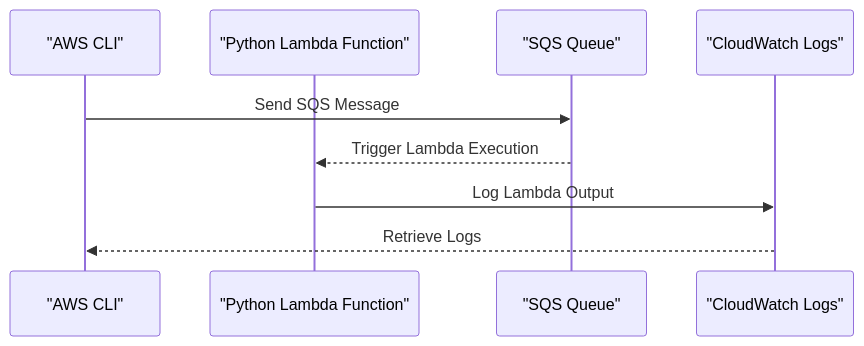
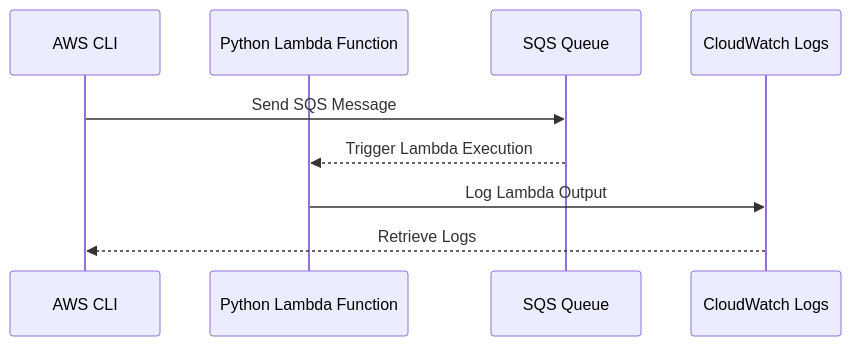
One commit to considerable/sample-terraform-aws-sqs-lambda changed the diagram in sequence_diagram.mmd. Above: the diagram before and after it, drawn with Mermaid. The commit also changed other lines of this file and 1 other file, not shown here.

Commit message:
sequence_diagram.mmd

```diff
--- a/sequence_diagram.mmd
+++ b/sequence_diagram.mmd
@@ -1,10 +1,10 @@
 sequenceDiagram
-    participant AWS_CLI as "AWS CLI"
-    participant Lambda_Function as "Python Lambda Function"
-    participant SQS as "SQS Queue"
-    participant CloudWatch_Logs as "CloudWatch Logs"
+    participant AWS_CLI as AWS CLI
+    participant Lambda_Function as Python Lambda Function
+    participant SQS as SQS Queue
+    participant CloudWatch_Logs as CloudWatch Logs
 
     AWS_CLI->>SQS: Send SQS Message
     SQS-->>Lambda_Function: Trigger Lambda Execution
     Lambda_Function->>CloudWatch_Logs: Log Lambda Output
     CloudWatch_Logs-->>AWS_CLI: Retrieve Logs
```
